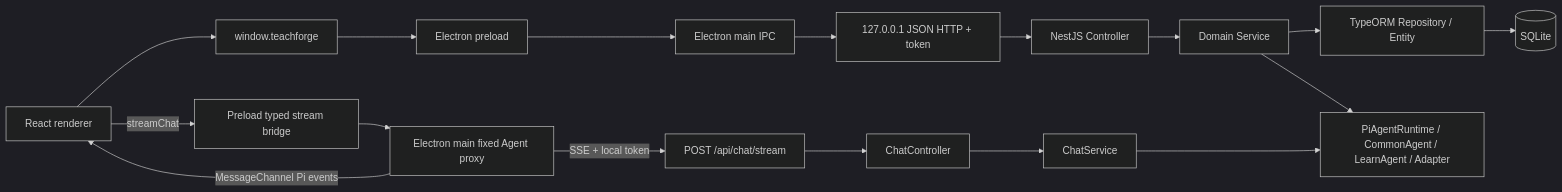
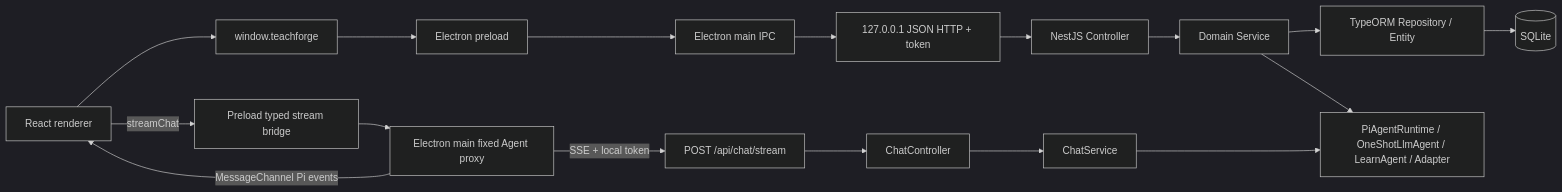
One commit to yuchentime/tech-forge changed the diagram in docs/current/platform/architecture-and-code-placement.md. Above: the diagram before and after it, drawn with Mermaid (dark theme). The commit also changed other lines of this file and 22 other files, not shown here.

Commit message:
refactor(llm): separate one-shot generation from Pi runtime

````diff
--- a/docs/current/platform/architecture-and-code-placement.md
+++ b/docs/current/platform/architecture-and-code-placement.md
@@ -45,19 +45,19 @@
 ```mermaid
 flowchart LR
   UI[React renderer] --> Bridge[window.teachforge]
   Bridge --> Preload[Electron preload]
   Preload --> IPC[Electron main IPC]
   IPC --> HTTP[127.0.0.1 JSON HTTP + token]
   HTTP --> Nest[NestJS Controller]
   Nest --> Service[Domain Service]
   Service --> ORM[TypeORM Repository / Entity]
   ORM --> DB[(SQLite)]
-  Service --> LLM[PiAgentRuntime / CommonAgent / LearnAgent / Adapter]
+  Service --> LLM[PiAgentRuntime / OneShotLlmAgent / LearnAgent / Adapter]
   UI -->|streamChat| StreamBridge[Preload typed stream bridge]
   StreamBridge --> MainStream[Electron main fixed Agent proxy]
   MainStream -->|SSE + local token| AgentHTTP[POST /api/chat/stream]
   AgentHTTP --> ChatController[ChatController]
   ChatController --> ChatService[ChatService]
   ChatService --> LLM
   MainStream -->|MessageChannel Pi events| UI
 ```
````
